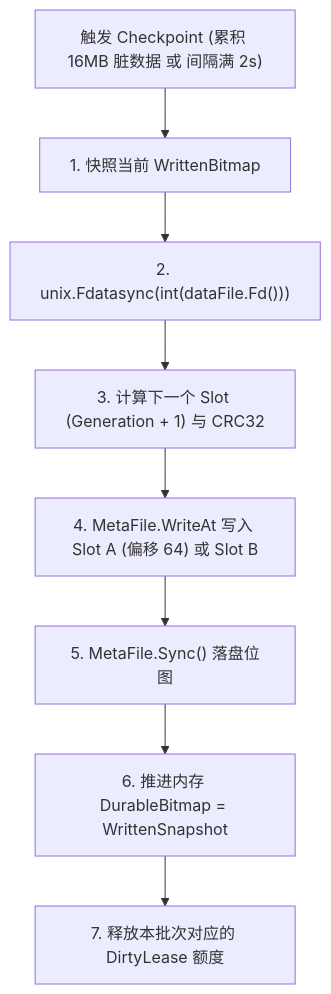
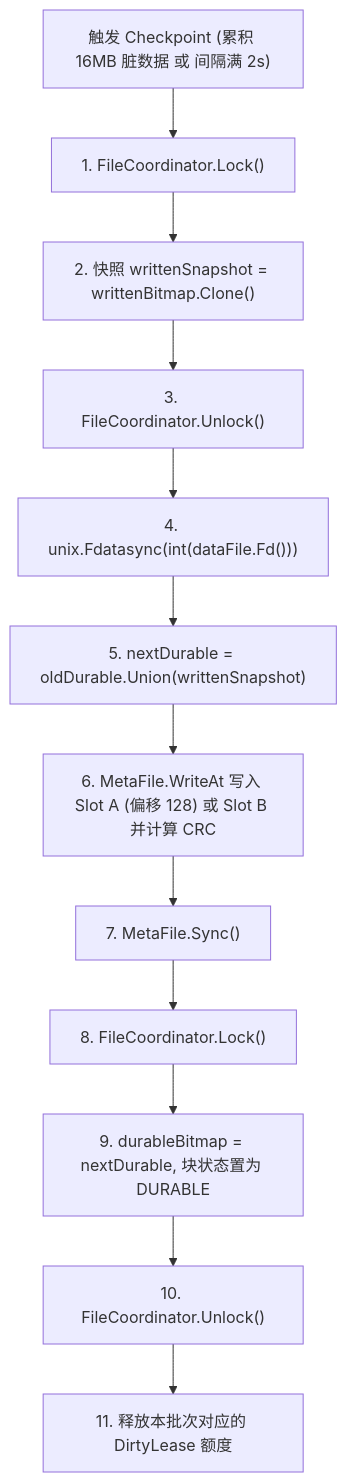
Before and after one commit to Hittlert/TGX: the third of 4 diagrams in docs/STREAMING_BLOCK_ENGINE_DESIGN.md, drawn with Mermaid. The commit also changed other lines of this file, not shown here.

Commit message:
docs: finalize master architecture spec with strict binary alignments, single-writer CheckpointLoop, and decoupled DialerProvider

````diff
--- a/docs/STREAMING_BLOCK_ENGINE_DESIGN.md
+++ b/docs/STREAMING_BLOCK_ENGINE_DESIGN.md
@@ -195,10 +227,14 @@
 ```mermaid
 flowchart TD
-    Start["触发 Checkpoint (累积 16MB 脏数据 或 间隔满 2s)"] --> Snap["1. 快照当前 WrittenBitmap"]
-    Snap --> Fdata["2. unix.Fdatasync(int(dataFile.Fd()))"]
-    Fdata --> SlotCalc["3. 计算下一个 Slot (Generation + 1) 与 CRC32"]
-    SlotCalc --> PwriteSlot["4. MetaFile.WriteAt 写入 Slot A (偏移 64) 或 Slot B"]
-    PwriteSlot --> MetaSync["5. MetaFile.Sync() 落盘位图"]
-    MetaSync --> Advance["6. 推进内存 DurableBitmap = WrittenSnapshot"]
-    Advance --> RelDirty["7. 释放本批次对应的 DirtyLease 额度"]
+    Trigger["触发 Checkpoint (累积 16MB 脏数据 或 间隔满 2s)"] --> Lock1["1. FileCoordinator.Lock()"]
+    Lock1 --> Snap["2. 快照 writtenSnapshot = writtenBitmap.Clone()"]
+    Snap --> Unlock1["3. FileCoordinator.Unlock()"]
+    Unlock1 --> Fdata["4. unix.Fdatasync(int(dataFile.Fd()))"]
+    Fdata --> UnionCalc["5. nextDurable = oldDurable.Union(writtenSnapshot)"]
+    UnionCalc --> WriteSlot["6. MetaFile.WriteAt 写入 Slot A (偏移 128) 或 Slot B 并计算 CRC"]
+    WriteSlot --> MetaSync["7. MetaFile.Sync()"]
+    MetaSync --> Lock2["8. FileCoordinator.Lock()"]
+    Lock2 --> Advance["9. durableBitmap = nextDurable, 块状态置为 DURABLE"]
+    Advance --> Unlock2["10. FileCoordinator.Unlock()"]
+    Unlock2 --> RelDirty["11. 释放本批次对应的 DirtyLease 额度"]
 ```
````
